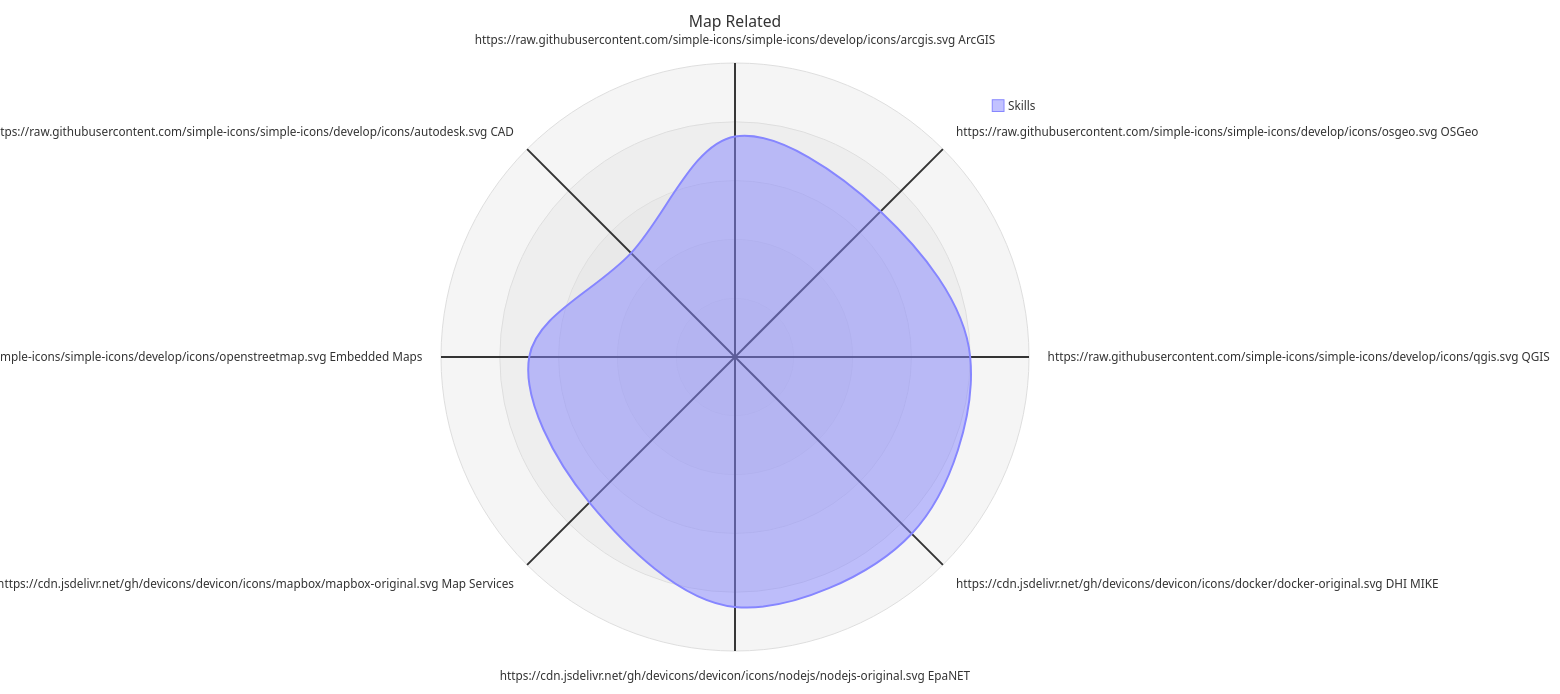
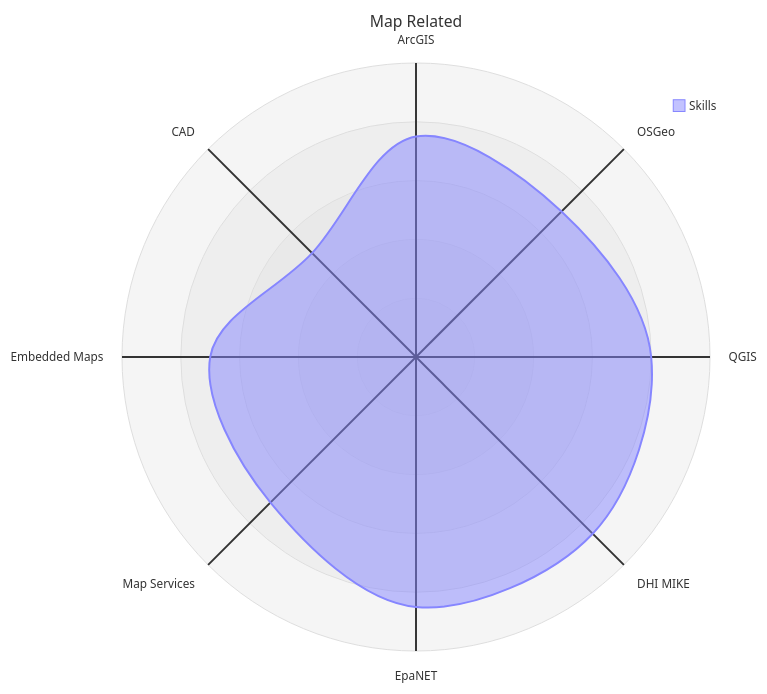
The fourth of 5 diagrams in README.md (kubow/kubow.github.io), drawn with Mermaid before and after one commit. The commit also changed other lines of this file and 4 other files, not shown here.

````diff
--- a/README.md
+++ b/README.md
@@ -204,10 +272,10 @@
 ```mermaid
 radar-beta
   title Map Related
-  axis ArcGIS["https://raw.githubusercontent.com/simple-icons/simple-icons/develop/icons/arcgis.svg ArcGIS"], OSGeo["https://raw.githubusercontent.com/simple-icons/simple-icons/develop/icons/osgeo.svg OSGeo"], QGIS["https://raw.githubusercontent.com/simple-icons/simple-icons/develop/icons/qgis.svg QGIS"], DHIMIKE["https://cdn.jsdelivr.net/gh/devicons/devicon/icons/docker/docker-original.svg DHI MIKE"], EpaNET["https://cdn.jsdelivr.net/gh/devicons/devicon/icons/nodejs/nodejs-original.svg EpaNET"], MapServices["https://cdn.jsdelivr.net/gh/devicons/devicon/icons/mapbox/mapbox-original.svg Map Services"], EmbeddedMaps["https://raw.githubusercontent.com/simple-icons/simple-icons/develop/icons/openstreetmap.svg Embedded Maps"], CAD["https://raw.githubusercontent.com/simple-icons/simple-icons/develop/icons/autodesk.svg CAD"]
+  axis ArcGIS["ArcGIS"], OSGeo["OSGeo"], QGIS["QGIS"], DHIMIKE["DHI MIKE"], EpaNET["EpaNET"], MapServices["Map Services"], EmbeddedMaps["Embedded Maps"], CAD["CAD"]
   curve Skills{ 75, 70, 80, 85, 85, 70, 70, 50 }
   max 100
   min 0
   graticule circle
   ticks 5
 ```
````
